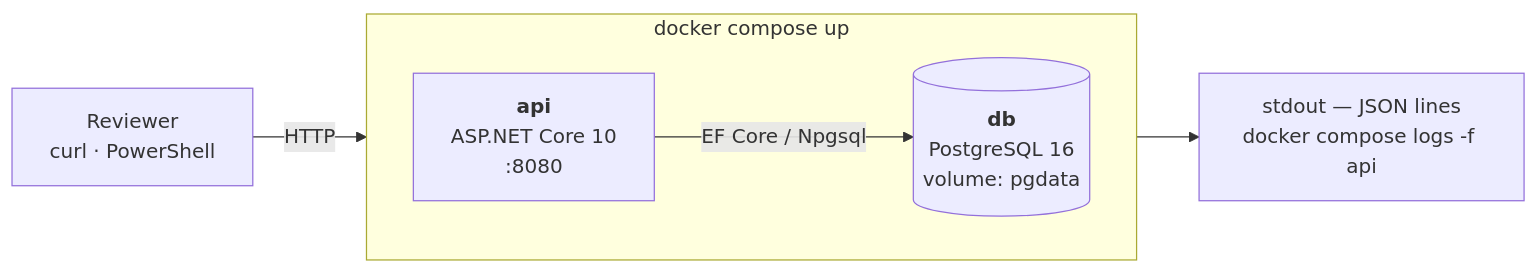
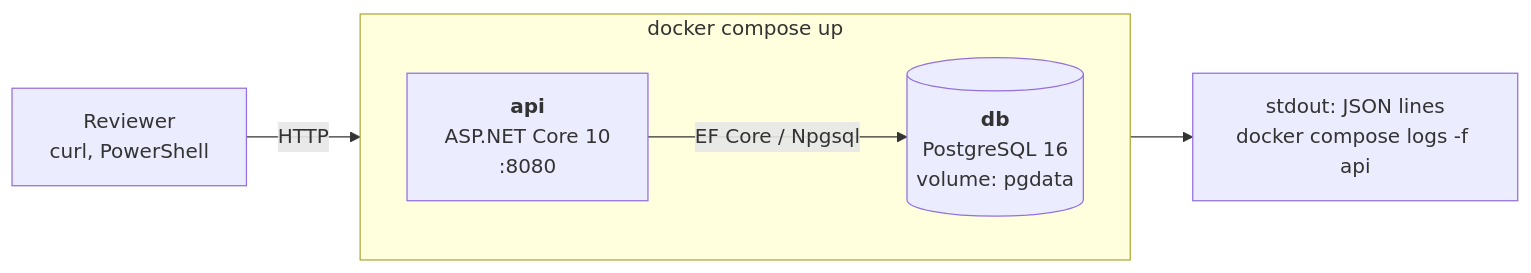
Before and after one commit to Nooziergg/library-loans-api: the first of 7 diagrams in docs/ARCHITECTURE.md, drawn with Mermaid. The commit also changed other lines of this file and 127 other files, not shown here.

````diff
--- a/docs/ARCHITECTURE.md
+++ b/docs/ARCHITECTURE.md
@@ -34,14 +34,14 @@
 ```mermaid
 flowchart LR
-    R["Reviewer<br/>curl · PowerShell"]
+    R["Reviewer<br/>curl, PowerShell"]
     subgraph compose["docker compose up"]
         direction LR
         API["<b>api</b><br/>ASP.NET Core 10<br/>:8080"]
         DB[("<b>db</b><br/>PostgreSQL 16<br/>volume: pgdata")]
     end
-    LOGS["stdout — JSON lines<br/>docker compose logs -f api"]
+    LOGS["stdout: JSON lines<br/>docker compose logs -f api"]
 
     R -->|"HTTP"| API
     API -->|"EF Core / Npgsql"| DB
     API --> LOGS
 ```
````
